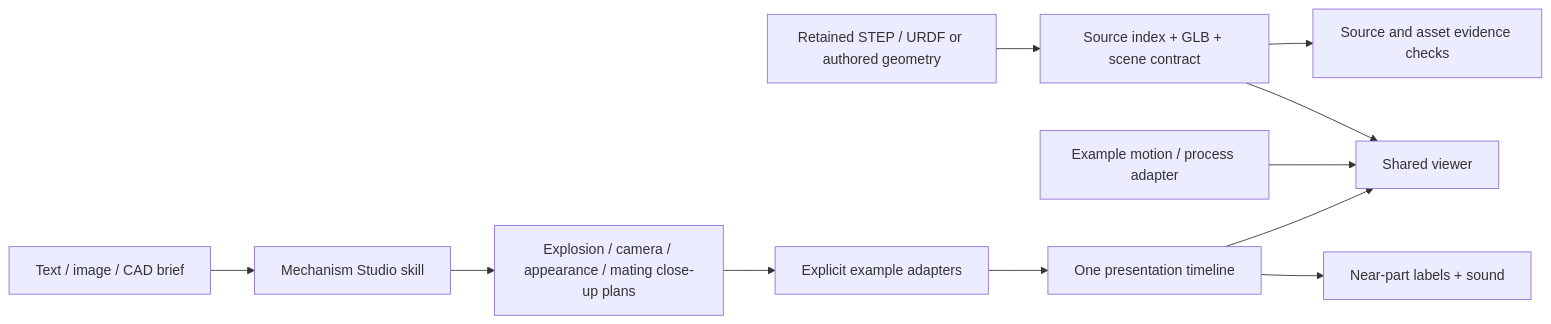
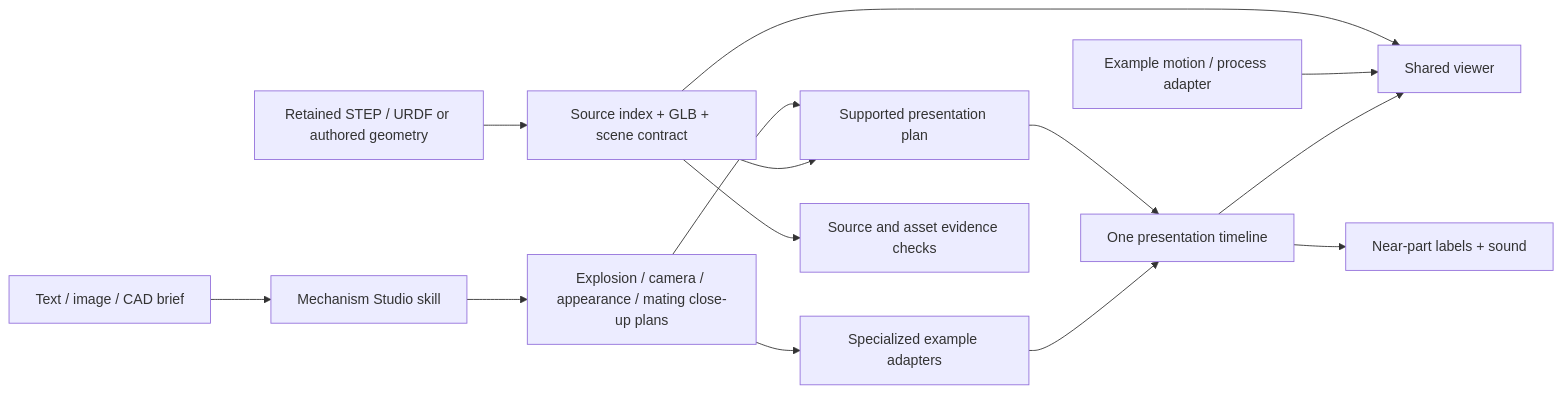
One commit to tutao0123/mechanism-studio changed the diagram in docs/architecture.md. Above: the diagram before and after it, drawn with Mermaid. The commit also changed other lines of this file and 104 other files, not shown here.

````diff
--- a/docs/architecture.md
+++ b/docs/architecture.md
@@ -8,13 +9,16 @@
 ```mermaid
 flowchart LR
   I[Text / image / CAD brief] --> S[Mechanism Studio skill]
   S --> E[Explosion / camera / appearance / mating close-up plans]
   C[Retained STEP / URDF or authored geometry] --> A[Source index + GLB + scene contract]
   A --> V[Shared viewer]
   M[Example motion / process adapter] --> V
-  E --> D[Explicit example adapters]
-  D --> T[One presentation timeline]
+  E --> P[Supported presentation plan]
+  E --> D[Specialized example adapters]
+  A --> P
+  P --> T[One presentation timeline]
+  D --> T
   T --> V
   T --> L[Near-part labels + sound]
   A --> Q[Source and asset evidence checks]
 ```
````
